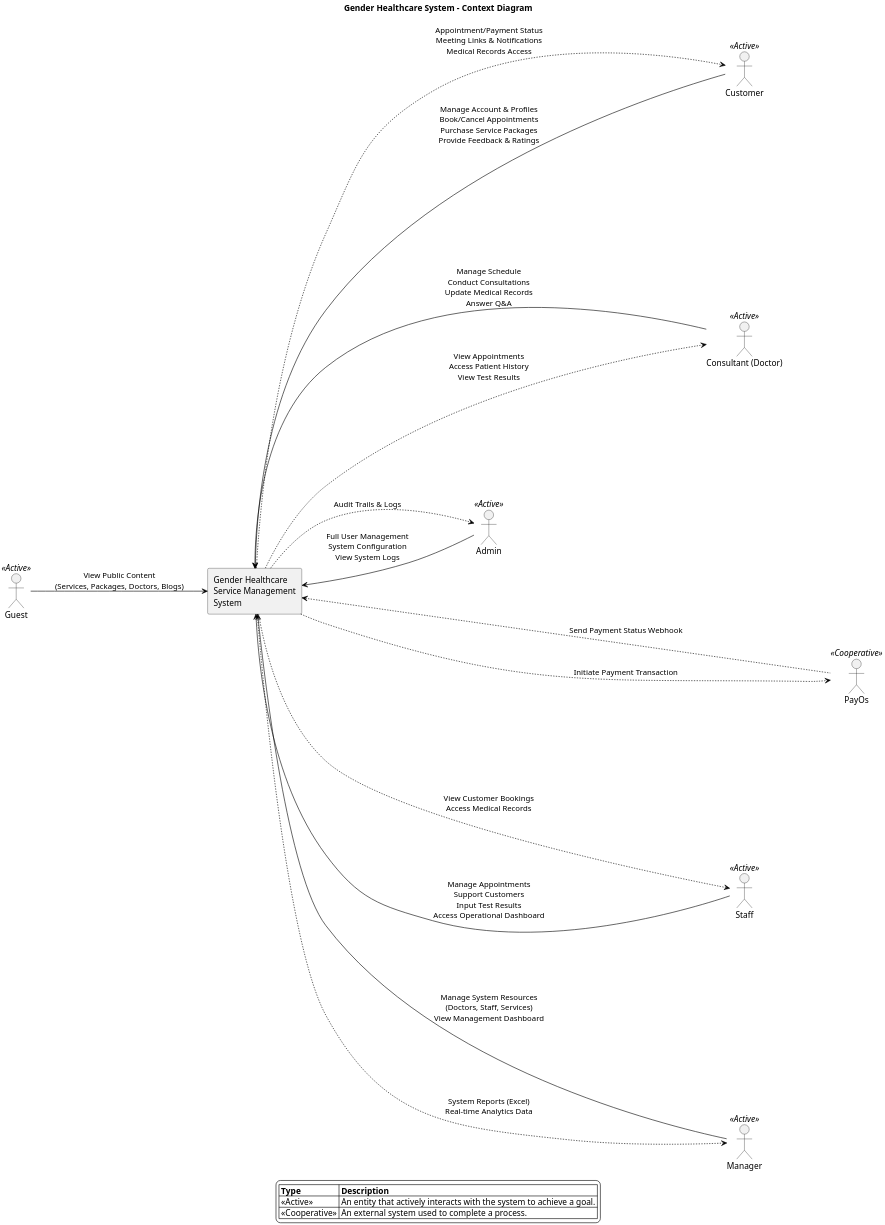
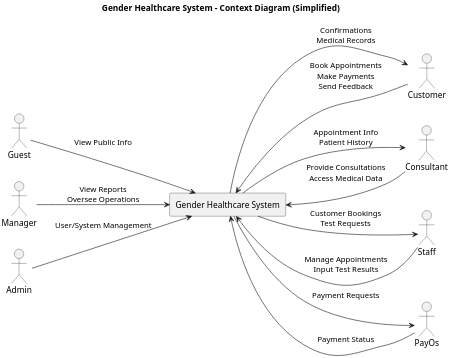
One commit to thepKz/gender-care changed the diagram in Docs/DIAGRAM/context_diagram.pu. Above: the diagram before and after it, drawn with PlantUML.

Commit message:
docs: Update new contetxt

```diff
--- a/Docs/DIAGRAM/context_diagram.pu
+++ b/Docs/DIAGRAM/context_diagram.pu
@@ -1,52 +1,36 @@
 @startuml context_diagram
-title Gender Healthcare System - Context Diagram
+title Gender Healthcare System - Context Diagram (Simplified)
 
-skinparam backgroundColor #White
-skinparam actorBorderColor #Black
-skinparam usecaseBorderColor #Black
-skinparam arrowColor #Black
-skinparam stereotypeCBackgroundColor #LightBlue
-skinparam nodesep 80
-skinparam ranksep 80
-skinparam actorStyle default
+left to right direction
+skinparam backgroundColor #ffffff
 skinparam dpi 300
 
-left to right direction
+actor Guest
+actor Customer
+actor Consultant
+actor Staff
+actor Manager
+actor Admin
+actor PayOs
 
-actor Guest <<Active>> as "Guest"
-actor Customer <<Active>> as "Customer"
-actor Consultant <<Active>> as "Consultant (Doctor)"
-actor Staff <<Active>> as "Staff"
-actor Manager <<Active>> as "Manager"
-actor Admin <<Active>> as "Admin"
-actor PayOs <<Cooperative>> as "PayOs"
+rectangle "Gender Healthcare System" as GHS
 
-rectangle "Gender Healthcare\nService Management\nSystem" as GMS
+Guest --> GHS : View Public Info
 
-Guest --> GMS : View Public Content\n(Services, Packages, Doctors, Blogs)
+Customer --> GHS : Book Appointments\nMake Payments\nSend Feedback
+GHS --> Customer : Confirmations\nMedical Records
 
-Customer ---> GMS : Manage Account & Profiles\nBook/Cancel Appointments\nPurchase Service Packages\nProvide Feedback & Ratings
-GMS ...> Customer : Appointment/Payment Status\nMeeting Links & Notifications\nMedical Records Access
+Consultant --> GHS : Provide Consultations\nAccess Medical Data
+GHS --> Consultant : Appointment Info\nPatient History
 
-Consultant ---> GMS : Manage Schedule\nConduct Consultations\nUpdate Medical Records\nAnswer Q&A
-GMS ...> Consultant : View Appointments\nAccess Patient History\nView Test Results
+Staff --> GHS : Manage Appointments\nInput Test Results
+GHS --> Staff : Customer Bookings\nTest Requests
 
-Staff ---> GMS : Manage Appointments\nSupport Customers\nInput Test Results\nAccess Operational Dashboard
-GMS ...> Staff : View Customer Bookings\nAccess Medical Records
+Manager --> GHS : View Reports\nOversee Operations
 
-Manager ---> GMS : Manage System Resources\n(Doctors, Staff, Services)\nView Management Dashboard
-GMS ...> Manager : System Reports (Excel)\nReal-time Analytics Data
+Admin --> GHS : User/System Management
 
-Admin --> GMS : Full User Management\nSystem Configuration\nView System Logs
-GMS ..> Admin : Audit Trails & Logs
+PayOs --> GHS : Payment Status
+GHS --> PayOs : Payment Requests
 
-PayOs ..u..> GMS : Send Payment Status Webhook
-GMS ..d..> PayOs : Initiate Payment Transaction
-
-legend
-  |= Type |= Description |
-  | <<Active>> | An entity that actively interacts with the system to achieve a goal. |
-  | <<Cooperative>> | An external system used to complete a process. |
-endlegend
-
-@enduml 
+@enduml
```
